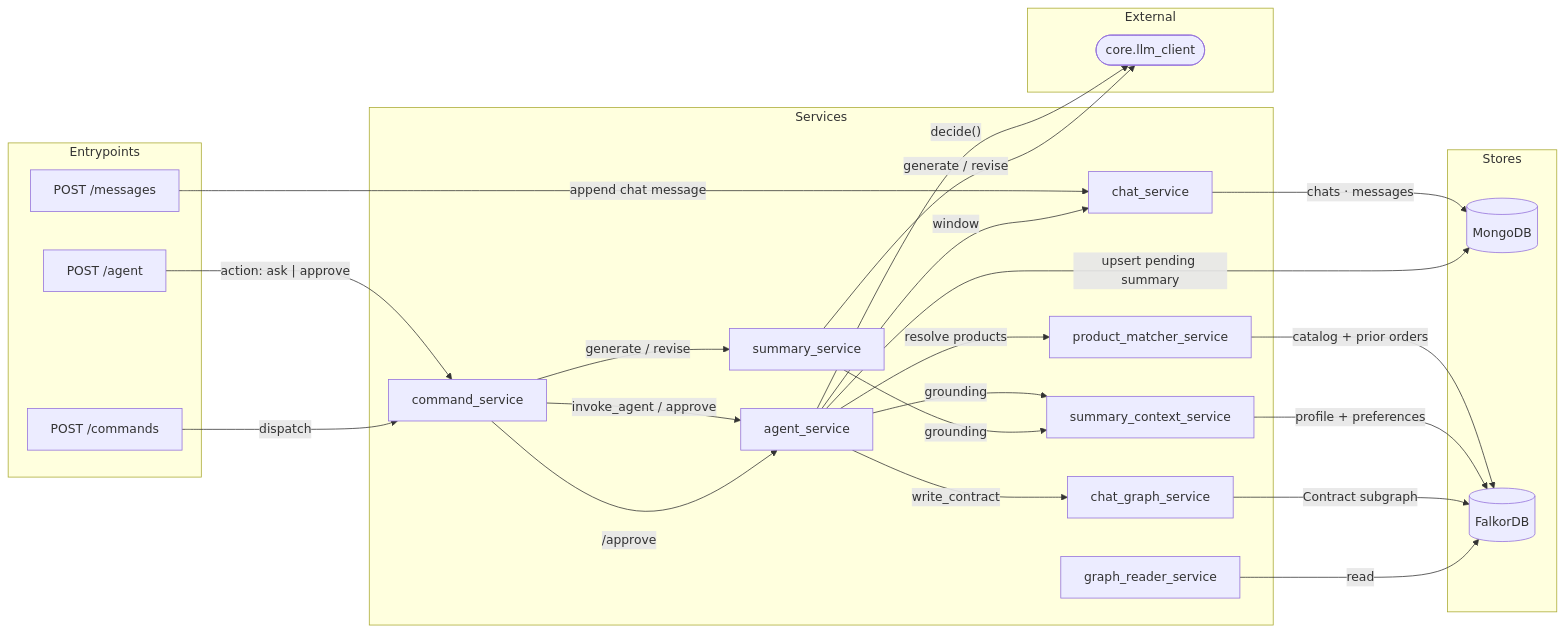
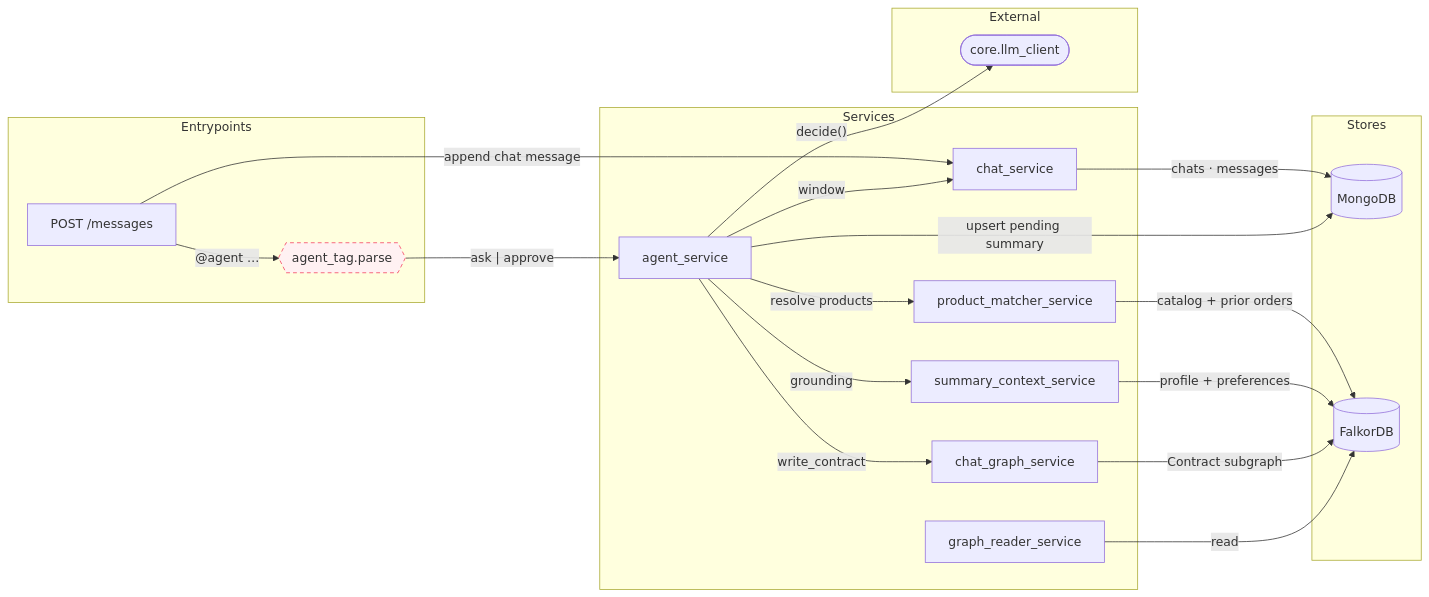
Before and after one commit to pranav-tractus/harness_agents: the second of 3 diagrams in docs/architecture.md, drawn with Mermaid. The commit also changed other lines of this file and 2 other files, not shown here.

Commit message:
docs(arch): drop the command path and add the agent_tag gate to the flows graph

````diff
--- a/docs/architecture.md
+++ b/docs/architecture.md
@@ -87,44 +87,38 @@
 ```mermaid
 flowchart LR
   subgraph Entrypoints["Entrypoints"]
     flow_messages["POST /messages"]
-    flow_agent["POST /agent"]
-    flow_commands["POST /commands"]
+    flow_agent_tag{{"agent_tag.parse"}}
   end
   subgraph Services["Services"]
-    flow_command_service["command_service"]
     flow_agent_service["agent_service"]
     flow_chat_service["chat_service"]
     flow_matcher["product_matcher_service"]
     flow_context_service["summary_context_service"]
-    flow_summary_service["summary_service"]
     flow_chat_graph["chat_graph_service"]
     flow_graph_reader["graph_reader_service"]
   end
   subgraph Stores["Stores"]
     flow_mongo[("MongoDB")]
     flow_falkor[("FalkorDB")]
   end
   subgraph External["External"]
     flow_llm(["core.llm_client"])
   end
   flow_messages -->|"append chat message"| flow_chat_service
-  flow_agent -->|"action: ask | approve"| flow_command_service
-  flow_commands -->|"dispatch"| flow_command_service
-  flow_command_service -->|"invoke_agent / approve"| flow_agent_service
-  flow_command_service -->|"generate / revise"| flow_summary_service
-  flow_command_service -->|"/approve"| flow_agent_service
+  flow_messages -->|"@agent …"| flow_agent_tag
+  flow_agent_tag -->|"ask | approve"| flow_agent_service
   flow_agent_service -->|"window"| flow_chat_service
   flow_agent_service -->|"resolve products"| flow_matcher
   flow_agent_service -->|"grounding"| flow_context_service
   flow_agent_service -->|"decide()"| flow_llm
   flow_agent_service -->|"write_contract"| flow_chat_graph
-  flow_summary_service -->|"generate / revise"| flow_llm
-  flow_summary_service -->|"grounding"| flow_context_service
   flow_chat_service -->|"chats · messages"| flow_mongo
   flow_agent_service -->|"upsert pending summary"| flow_mongo
   flow_matcher -->|"catalog + prior orders"| flow_falkor
   flow_context_service -->|"profile + preferences"| flow_falkor
   flow_chat_graph -->|"Contract subgraph"| flow_falkor
   flow_graph_reader -->|"read"| flow_falkor
+  classDef gate stroke:#f43f5e,stroke-dasharray:5 4,fill:#fff1f2;
+  class flow_agent_tag gate;
 ```
````
